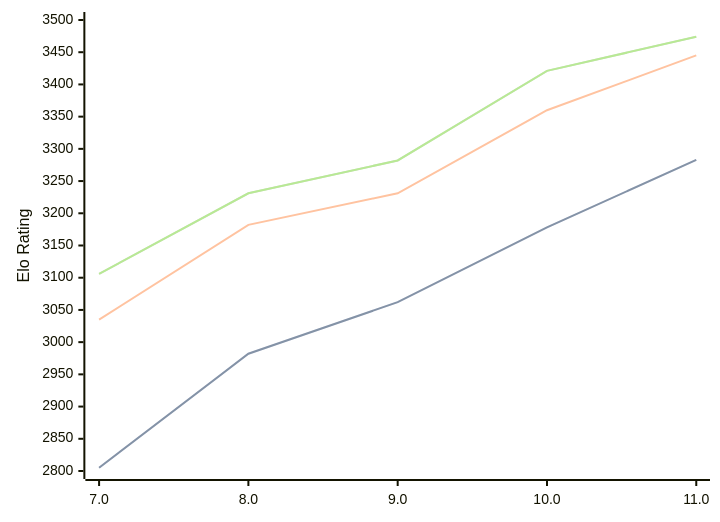
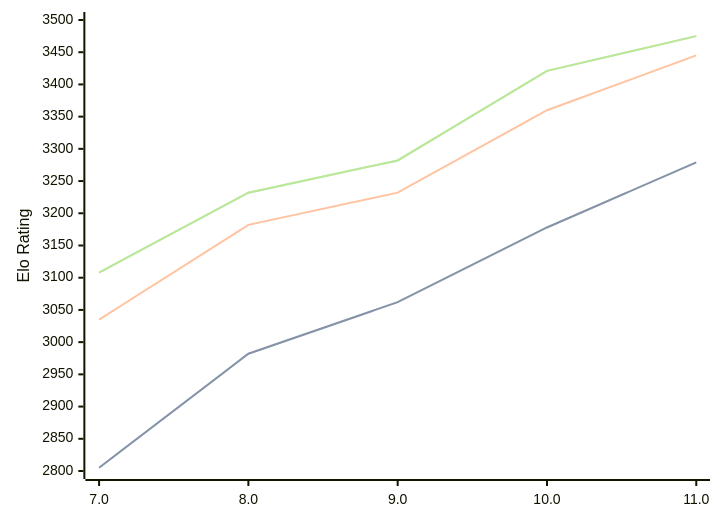
Before and after one commit to computer-chess-index/cci: the diagram in engines/Tcheran.md, drawn with Mermaid. The commit also changed other lines of this file, not shown here.

Commit message:
Update CCI Ratings (ELO VLTC) - 2026-03-14

````diff
--- a/engines/Tcheran.md
+++ b/engines/Tcheran.md
@@ -47,11 +47,11 @@
 ```mermaid
 %%{init: {"theme":"base","themeVariables":{"seriesColors:['#a3a3a3','#222221','#faa371']}}}%%
 xychart-beta
   x-axis ["7.0", "8.0", "9.0", "10.0", "11.0"]
   y-axis "Elo Rating" 2800 --> 3500
-  line "STC (8.0+0.08s)" [2805, 2982, 3062, 3178, 3283]
-  line "STC (8.0+0.08s)" [2805, 2982, 3062, 3178, 3283]
-  line "LTC (60.0+0.60s)" [3035, 3182, 3231, 3360, 3445]
-  line "VLTC (2m24s+1.12s)" [3106, 3231, 3282, 3421, 3474]
-  line "VLTC (2m24s+1.12s)" [3106, 3231, 3282, 3421, 3474]
+  line "STC (8.0+0.08s)" [2805, 2982, 3062, 3178, 3279]
+  line "STC (8.0+0.08s)" [2805, 2982, 3062, 3178, 3279]
+  line "LTC (60.0+0.60s)" [3035, 3182, 3232, 3360, 3445]
+  line "VLTC (2m24s+1.12s)" [3108, 3232, 3282, 3421, 3475]
+  line "VLTC (2m24s+1.12s)" [3108, 3232, 3282, 3421, 3475]
 ```
````
